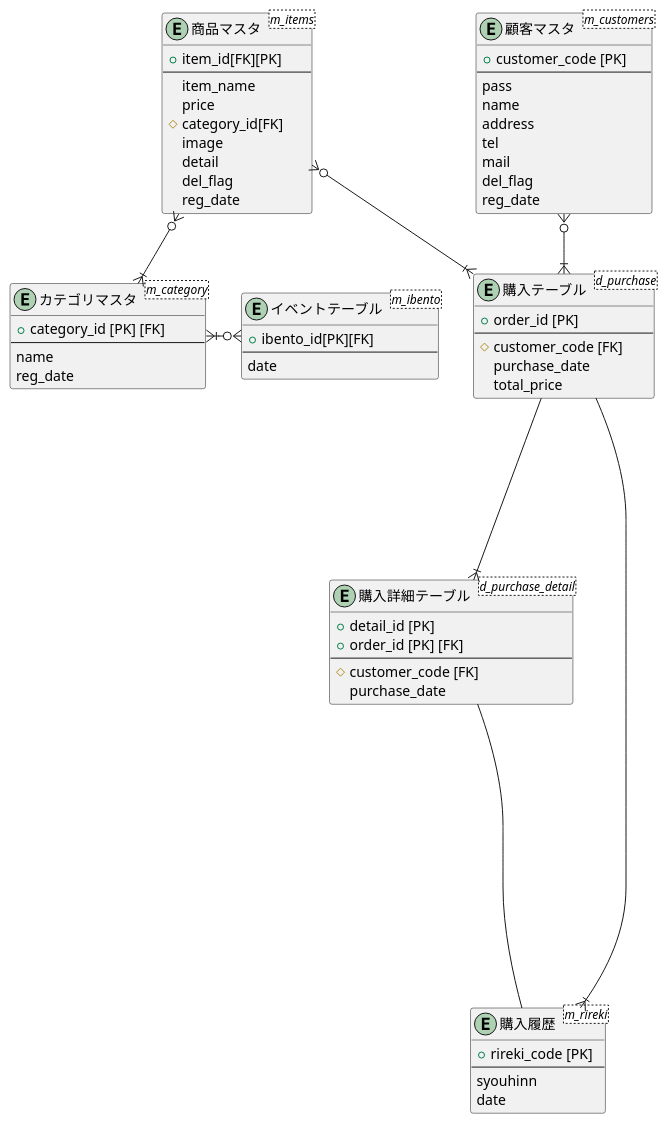
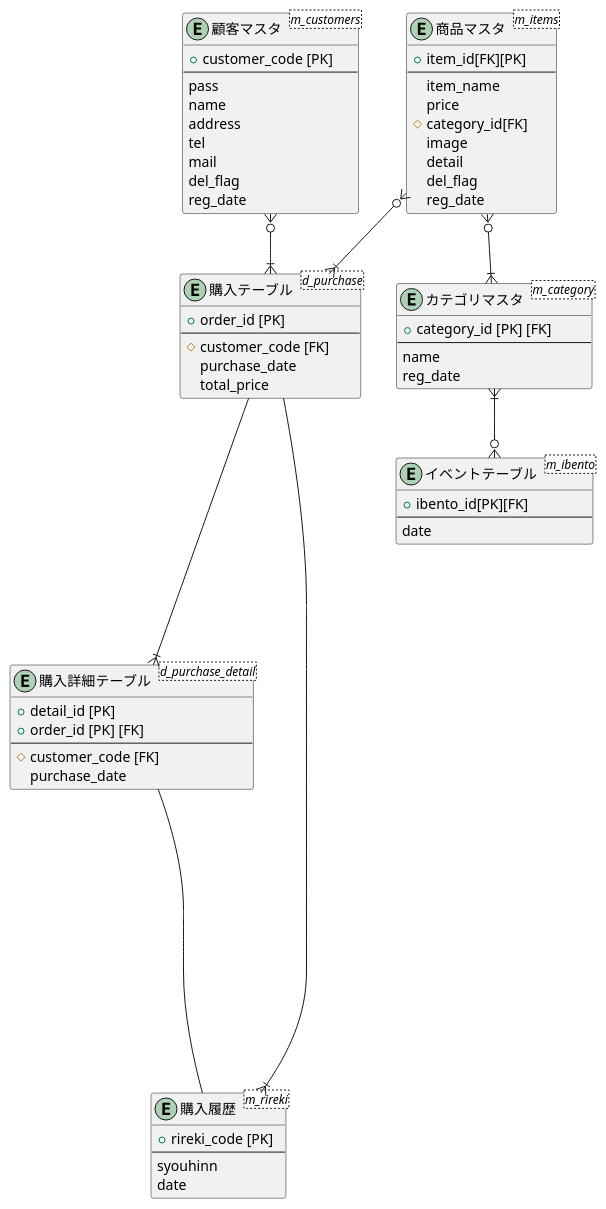
The diagram in db/original/ER.md (aso2001036/2021sys-design), drawn with PlantUML before and after one commit.

````diff
--- a/db/original/ER.md
+++ b/db/original/ER.md
@@ -1,71 +1,71 @@
 ```puml
 @startuml
 entity "購入テーブル" as purchase <d_purchase> {
 + order_id [PK]
 --
 # customer_code [FK]
 purchase_date
 total_price
 }
 
 entity "購入詳細テーブル" as purcher_detail <d_purchase_detail> {
 + detail_id [PK]
 + order_id [PK] [FK]
 --
 # customer_code [FK]
 purchase_date
 }
 
 entity "顧客マスタ" as customer <m_customers> {
 + customer_code [PK]
 --
 pass
 name
 address
 tel
 mail
 del_flag
 reg_date
 }
 
 entity "購入履歴" as rireki <m_rireki> {
 + rireki_code [PK]
 --
 syouhinn
 date
 }
 
 entity "カテゴリマスタ" as category <m_category> {
 + category_id [PK] [FK]
 --
 name
 reg_date
 }
 
 entity "商品マスタ" as items <m_items> {
 + item_id[FK][PK]
 --
 item_name
 price
 # category_id[FK]
 image
 detail
 del_flag
 reg_date
 }
 
 entity "イベントテーブル" as ibento <m_ibento> {
 + ibento_id[PK][FK]
 --
 date
 }
 
 purchase ----|{ purcher_detail
 purchase ----|{ rireki
 purcher_detail ------ rireki
 customer }o--|{ purchase
 items }o--|{ purchase
 items }o--|{ category
-category }|-o{ ibento
+category }|-d-o{ ibento
 @enduml
 ```
````
